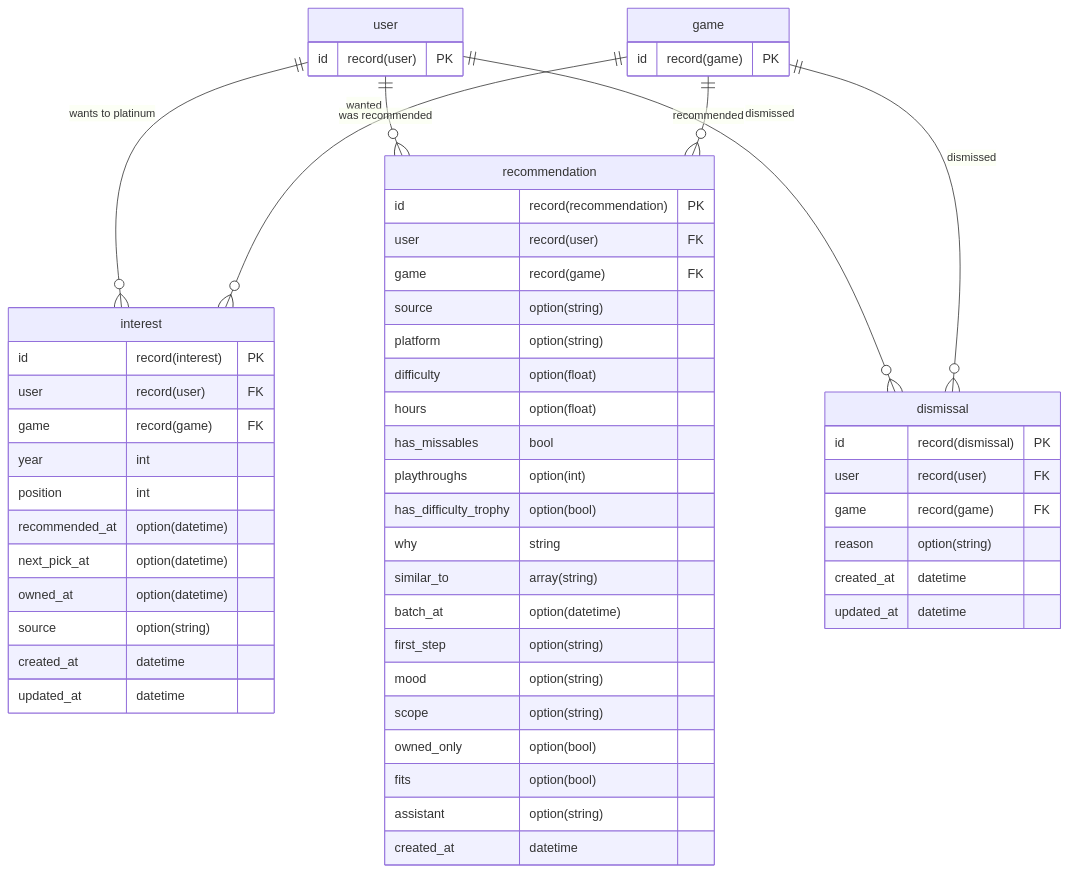
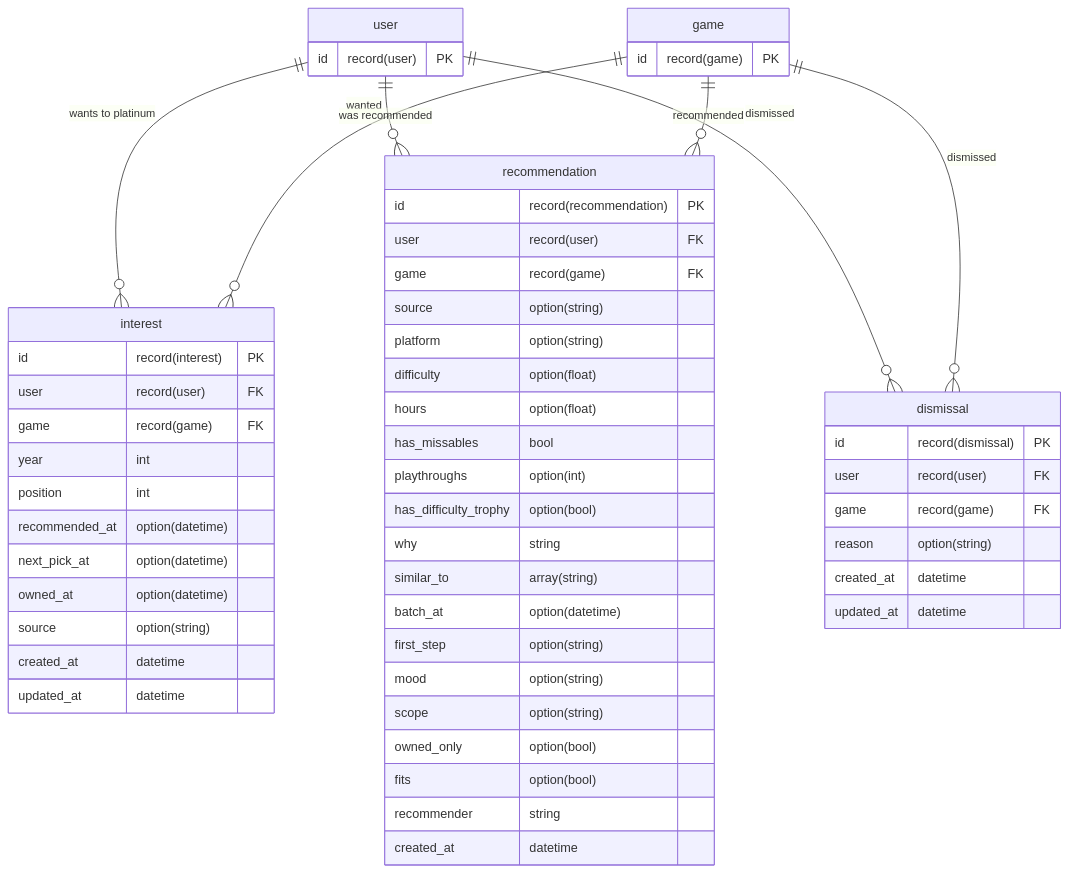
One commit to renatoaug/platjourney changed the second of 5 diagrams in docs/design/04-database.md. Above: the diagram before and after it, drawn with Mermaid. The commit also changed other lines of this file and 4 other files, not shown here.

````diff
--- a/docs/design/04-database.md
+++ b/docs/design/04-database.md
@@ -110,58 +110,58 @@
 ```mermaid
 erDiagram
     user ||--o{ interest : "wants to platinum"
     game ||--o{ interest : "wanted"
     user ||--o{ recommendation : "was recommended"
     game ||--o{ recommendation : "recommended"
     user ||--o{ dismissal : "dismissed"
     game ||--o{ dismissal : "dismissed"
     interest {
         id record(interest) PK
         user record(user) FK
         game record(game) FK
         year int
         position int
         recommended_at option(datetime)
         next_pick_at option(datetime)
         owned_at option(datetime)
         source option(string)
         created_at datetime
         updated_at datetime
     }
     recommendation {
         id record(recommendation) PK
         user record(user) FK
         game record(game) FK
         source option(string)
         platform option(string)
         difficulty option(float)
         hours option(float)
         has_missables bool
         playthroughs option(int)
         has_difficulty_trophy option(bool)
         why string
         similar_to array(string)
         batch_at option(datetime)
         first_step option(string)
         mood option(string)
         scope option(string)
         owned_only option(bool)
         fits option(bool)
-        assistant option(string)
+        recommender string
         created_at datetime
     }
     dismissal {
         id record(dismissal) PK
         user record(user) FK
         game record(game) FK
         reason option(string)
         created_at datetime
         updated_at datetime
     }
     user {
         id record(user) PK
     }
     game {
         id record(game) PK
     }
 ```
````
